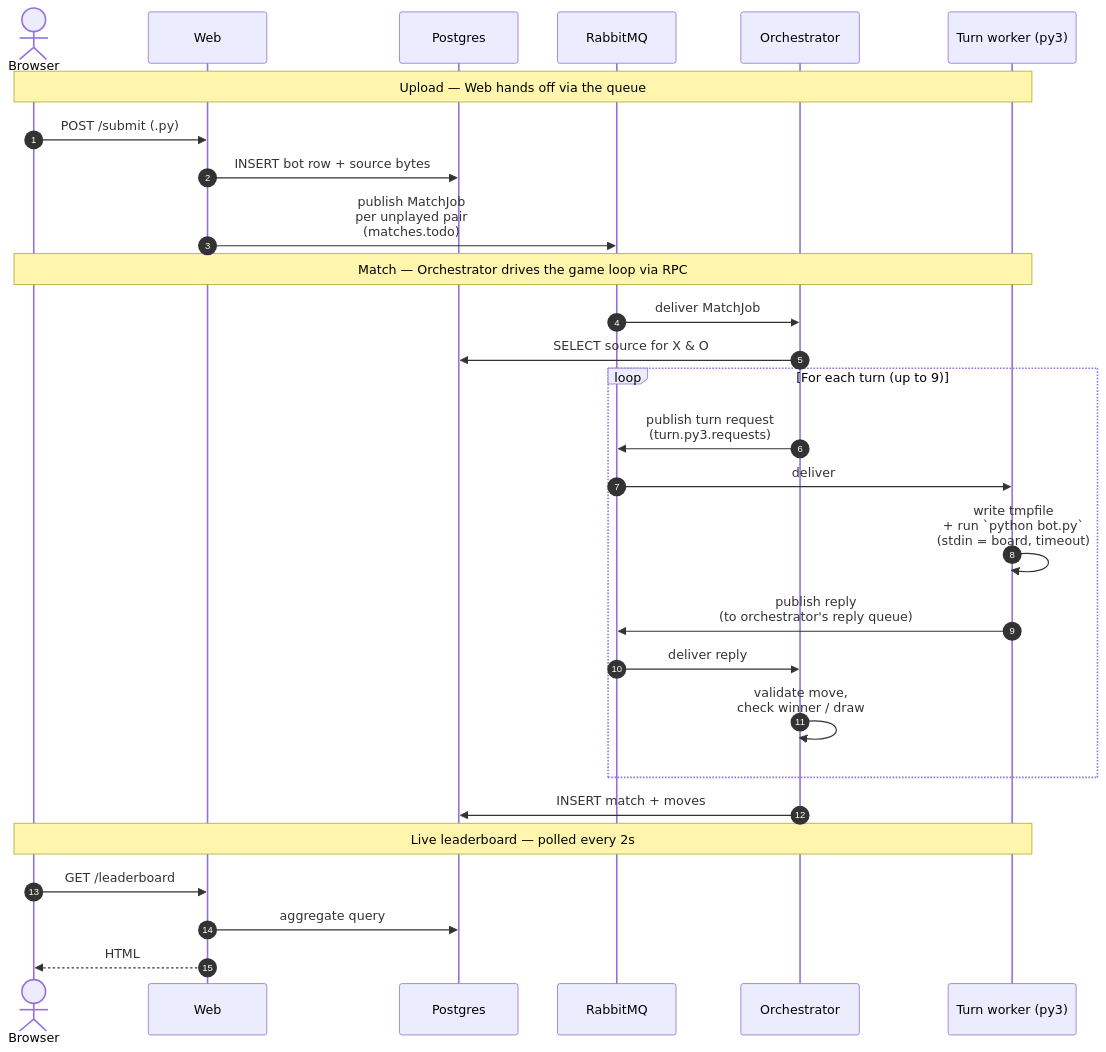
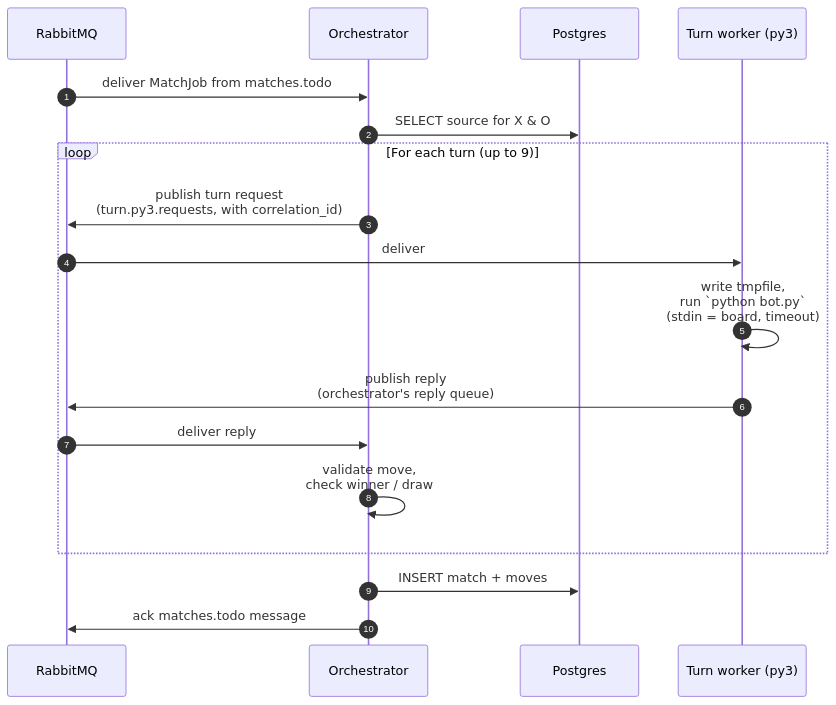
One commit to pyowa/june-2026-tictactoe-bots changed the third of 3 diagrams in README.md. Above: the diagram before and after it, drawn with Mermaid. The commit also changed other lines of this file, not shown here.

Commit message:
new diagrams

````diff
--- a/README.md
+++ b/README.md
@@ -119,35 +157,23 @@
 ```mermaid
 sequenceDiagram
     autonumber
-    actor Browser
-    participant Web
-    participant DB as Postgres
     participant RMQ as RabbitMQ
     participant Orch as Orchestrator
+    participant DB as Postgres
     participant Worker as Turn worker (py3)
 
-    Note over Browser,Worker: Upload — Web hands off via the queue
-    Browser->>Web: POST /submit (.py)
-    Web->>DB: INSERT bot row + source bytes
-    Web->>RMQ: publish MatchJob<br/>per unplayed pair<br/>(matches.todo)
-
-    Note over Browser,Worker: Match — Orchestrator drives the game loop via RPC
-    RMQ->>Orch: deliver MatchJob
+    RMQ->>Orch: deliver MatchJob from matches.todo
     Orch->>DB: SELECT source for X & O
 
     loop For each turn (up to 9)
-        Orch->>RMQ: publish turn request<br/>(turn.py3.requests)
+        Orch->>RMQ: publish turn request<br/>(turn.py3.requests, with correlation_id)
         RMQ->>Worker: deliver
-        Worker->>Worker: write tmpfile<br/>+ run `python bot.py`<br/>(stdin = board, timeout)
-        Worker->>RMQ: publish reply<br/>(to orchestrator's reply queue)
+        Worker->>Worker: write tmpfile,<br/>run `python bot.py`<br/>(stdin = board, timeout)
+        Worker->>RMQ: publish reply<br/>(orchestrator's reply queue)
         RMQ->>Orch: deliver reply
         Orch->>Orch: validate move,<br/>check winner / draw
     end
 
     Orch->>DB: INSERT match + moves
-
-    Note over Browser,Worker: Live leaderboard — polled every 2s
-    Browser->>Web: GET /leaderboard
-    Web->>DB: aggregate query
-    Web-->>Browser: HTML
+    Orch->>RMQ: ack matches.todo message
 ```
````
